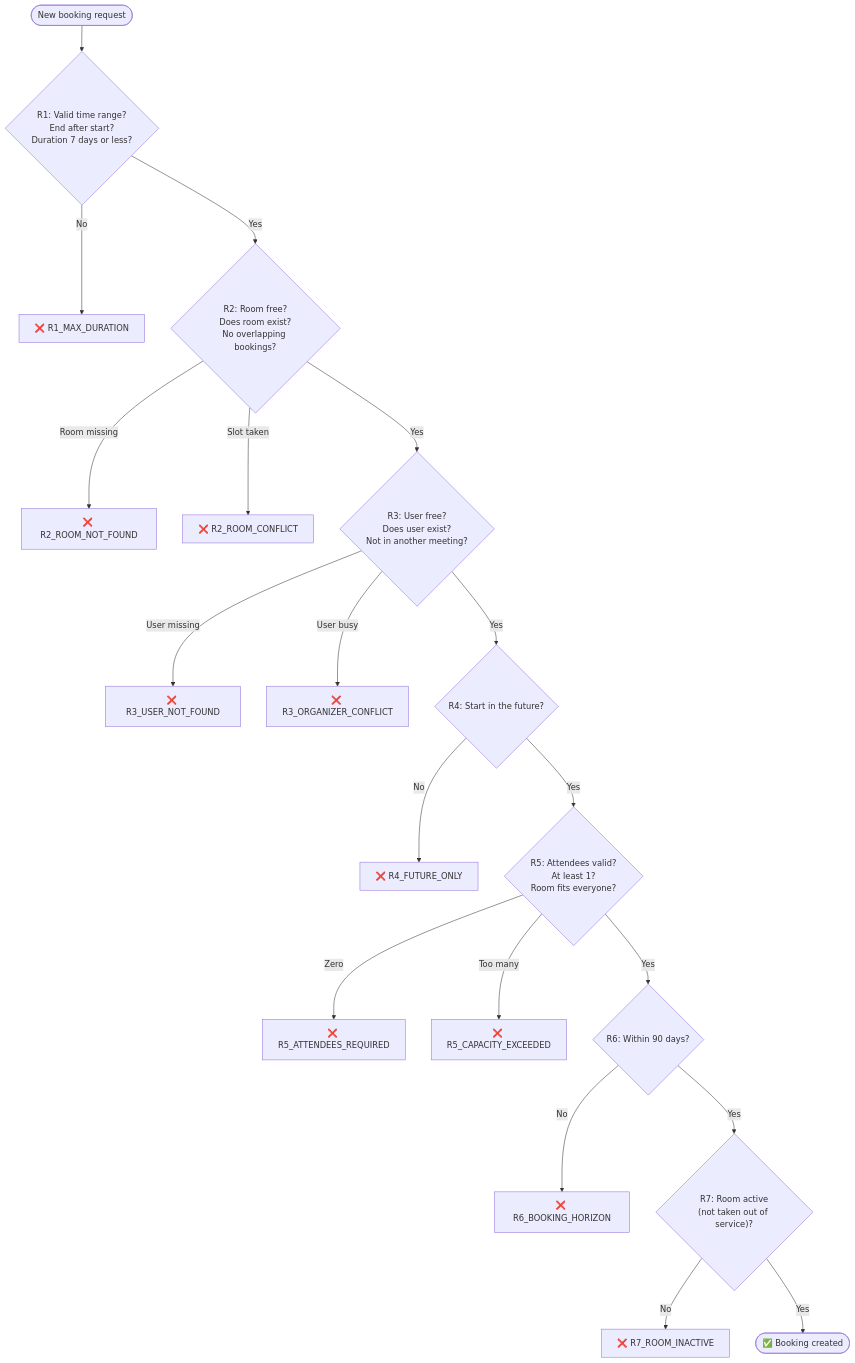
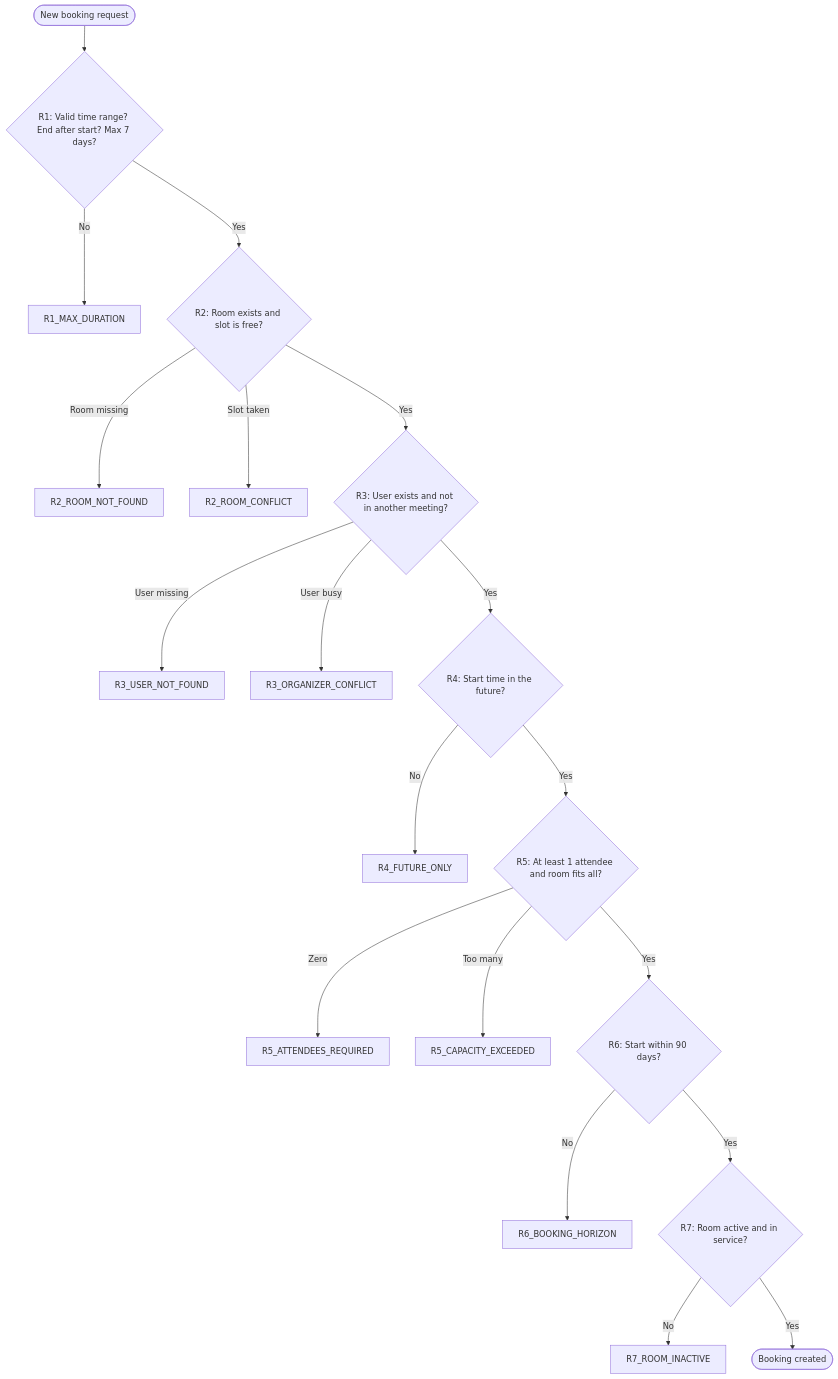
Before and after one commit to Amith-Ganta/room-reservation-system: the fifth of 10 diagrams in README.md, drawn with Mermaid. The commit also changed other lines of this file and 1 other file, not shown here.

First line of the commit message:
fix: remove \n from all mermaid diagrams for GitHub rendering

````diff
--- a/README.md
+++ b/README.md
@@ -127,35 +127,35 @@
 ```mermaid
 flowchart TD
     START([New booking request]) --> R1
 
-    R1{"R1: Valid time range?\nEnd after start?\nDuration 7 days or less?"}
-    R1 -- No --> E1["❌ R1_MAX_DURATION"]
+    R1{"R1: Valid time range? End after start? Max 7 days?"}
+    R1 -- No --> E1["R1_MAX_DURATION"]
     R1 -- Yes --> R2
 
-    R2{"R2: Room free?\nDoes room exist?\nNo overlapping bookings?"}
-    R2 -- Room missing --> E2a["❌ R2_ROOM_NOT_FOUND"]
-    R2 -- Slot taken --> E2b["❌ R2_ROOM_CONFLICT"]
+    R2{"R2: Room exists and slot is free?"}
+    R2 -- Room missing --> E2a["R2_ROOM_NOT_FOUND"]
+    R2 -- Slot taken --> E2b["R2_ROOM_CONFLICT"]
     R2 -- Yes --> R3
 
-    R3{"R3: User free?\nDoes user exist?\nNot in another meeting?"}
-    R3 -- User missing --> E3a["❌ R3_USER_NOT_FOUND"]
-    R3 -- User busy --> E3b["❌ R3_ORGANIZER_CONFLICT"]
+    R3{"R3: User exists and not in another meeting?"}
+    R3 -- User missing --> E3a["R3_USER_NOT_FOUND"]
+    R3 -- User busy --> E3b["R3_ORGANIZER_CONFLICT"]
     R3 -- Yes --> R4
 
-    R4{"R4: Start in the future?"}
-    R4 -- No --> E4["❌ R4_FUTURE_ONLY"]
+    R4{"R4: Start time in the future?"}
+    R4 -- No --> E4["R4_FUTURE_ONLY"]
     R4 -- Yes --> R5
 
-    R5{"R5: Attendees valid?\nAt least 1?\nRoom fits everyone?"}
-    R5 -- Zero --> E5a["❌ R5_ATTENDEES_REQUIRED"]
-    R5 -- Too many --> E5b["❌ R5_CAPACITY_EXCEEDED"]
+    R5{"R5: At least 1 attendee and room fits all?"}
+    R5 -- Zero --> E5a["R5_ATTENDEES_REQUIRED"]
+    R5 -- Too many --> E5b["R5_CAPACITY_EXCEEDED"]
     R5 -- Yes --> R6
 
-    R6{"R6: Within 90 days?"}
-    R6 -- No --> E6["❌ R6_BOOKING_HORIZON"]
+    R6{"R6: Start within 90 days?"}
+    R6 -- No --> E6["R6_BOOKING_HORIZON"]
     R6 -- Yes --> R7
 
-    R7{"R7: Room active\n(not taken out of service)?"}
-    R7 -- No --> E7["❌ R7_ROOM_INACTIVE"]
-    R7 -- Yes --> OK(["✅ Booking created"])
+    R7{"R7: Room active and in service?"}
+    R7 -- No --> E7["R7_ROOM_INACTIVE"]
+    R7 -- Yes --> OK(["Booking created"])
 ```
````
